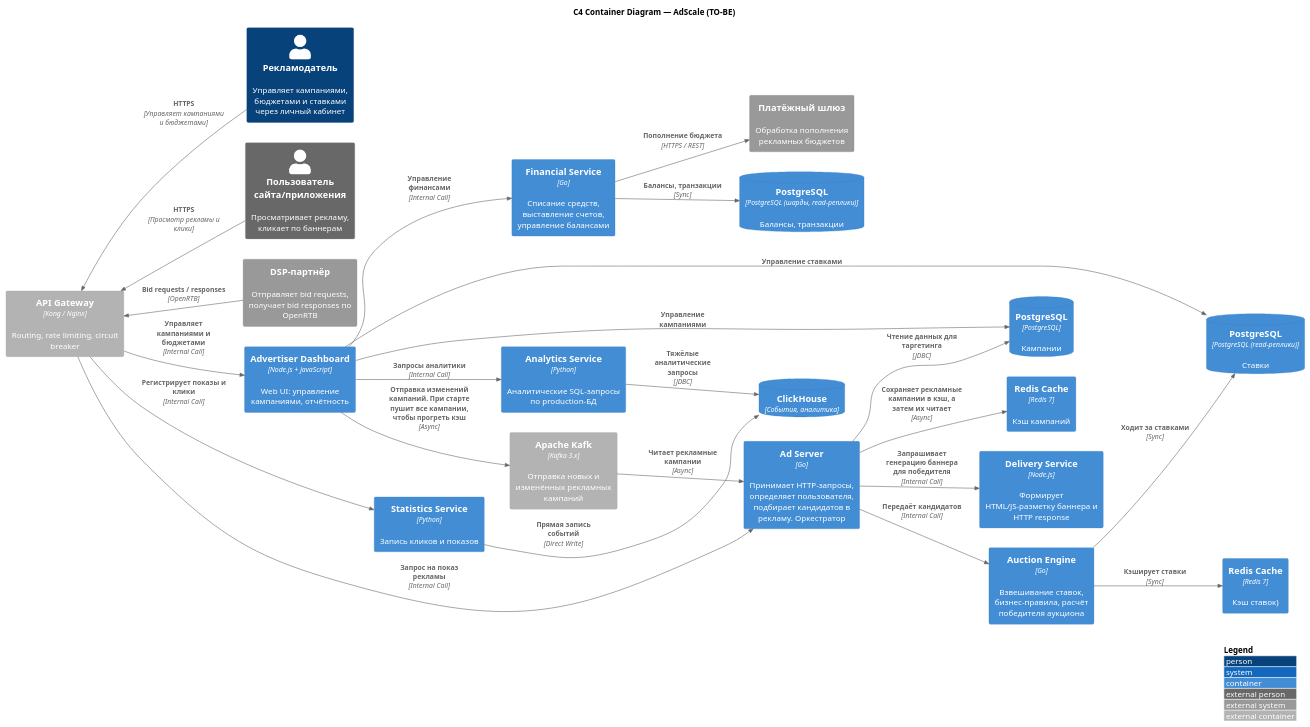
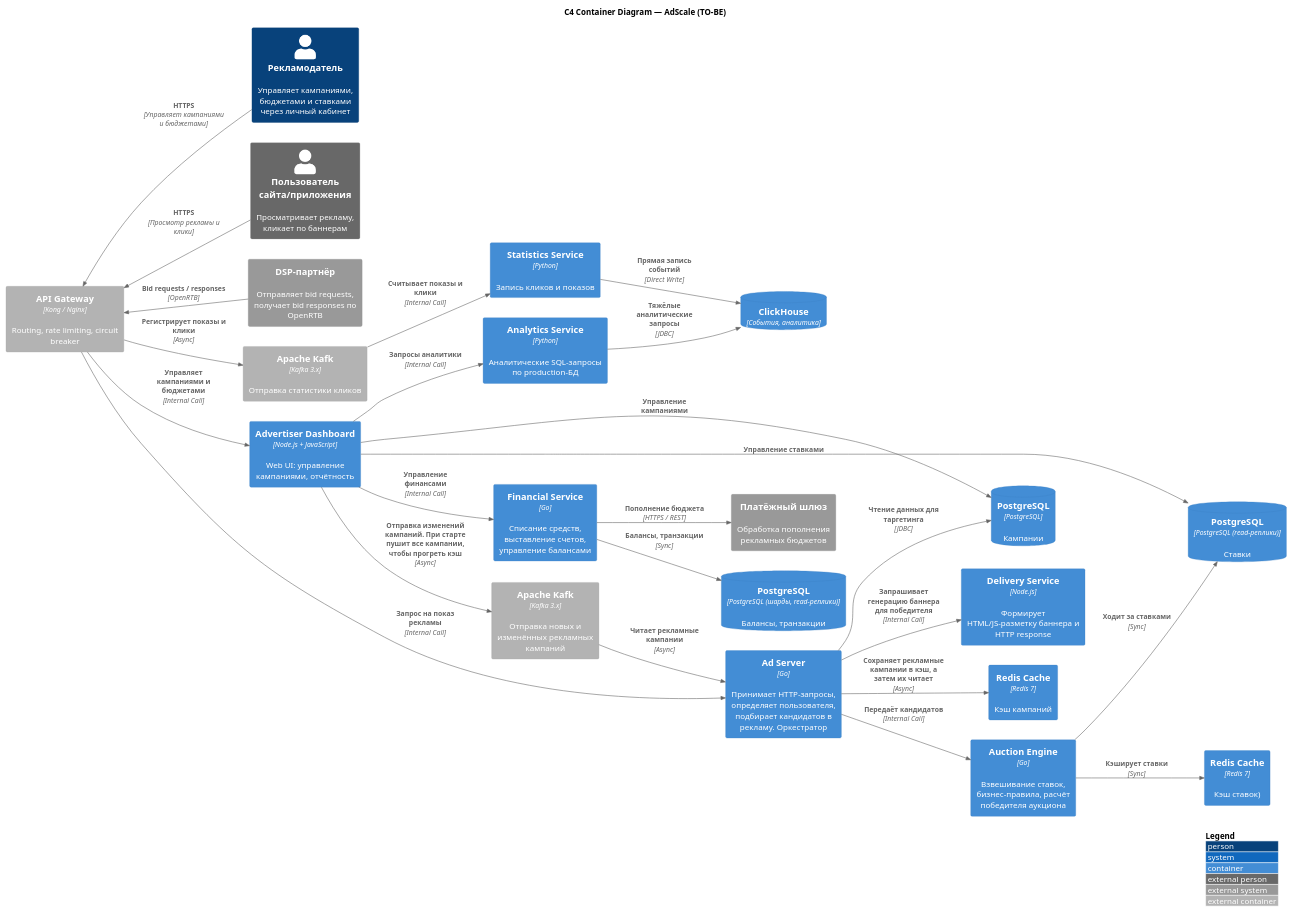
The diagram in task1/Diagrams/to-be.wsd (wan3s/Solution-AdScale), drawn with PlantUML before and after one commit. The commit also changed 2 other files, not shown here.

```diff
--- a/task1/Diagrams/to-be.wsd
+++ b/task1/Diagrams/to-be.wsd
@@ -1,119 +1,121 @@
 @startuml
 !include https://raw.githubusercontent.com/plantuml-stdlib/C4-PlantUML/master/C4_Container.puml
 
 LAYOUT_WITH_LEGEND()
 LAYOUT_LEFT_RIGHT()
 
 title C4 Container Diagram — AdScale (TO-BE)
 
 ' ====================== Акторы ======================
 Person(advertiser, "Рекламодатель", "Управляет кампаниями, бюджетами и ставками через личный кабинет")
 Person_Ext(endUser, "Пользователь сайта/приложения", "Просматривает рекламу, кликает по баннерам")
 
 System_Ext(dspPartner, "DSP-партнёр", "Отправляет bid requests, получает bid responses по OpenRTB")
 System_Ext(paymentGateway, "Платёжный шлюз", "Обработка пополнения рекламных бюджетов")
 Container_Ext(apiGateway, "API Gateway", "Kong / Nginx", "Routing, rate limiting, circuit breaker")
 Container_Ext(campaignsKafka, "Apache Kafk", "Kafka 3.x", "Отправка новых и изменённых рекламных кампаний")
+Container_Ext(statsKafka, "Apache Kafk", "Kafka 3.x", "Отправка статистики кликов")
 
 ' ====================== Микросервисы ======================
 
 Container(adServer, "Ad Server", "Go", "Принимает HTTP-запросы, определяет пользователя, подбирает кандидатов в рекламу. Оркестратор") 
 Container(auctionEngine, "Auction Engine", "Go", "Взвешивание ставок, бизнес-правила, расчёт победителя аукциона") 
 Container(deliveryService, "Delivery Service", "Node.js", "Формирует HTML/JS-разметку баннера и HTTP response")
 
 Container(campaignsCache, "Redis Cache", "Redis 7", "Кэш кампаний")
 Container(bidsCache, "Redis Cache", "Redis 7", "Кэш ставок)")
 
 
 Container(financialService, "Financial Service", "Go", "Списание средств, выставление счетов, управление балансами")
 Container(analyticsService, "Analytics Service", "Python", "Аналитические SQL-запросы по production-БД") 
 Container(adCabinet, "Advertiser Dashboard", "Node.js + JavaScript", "Web UI: управление кампаниями, отчётность")
 Container(statsService, "Statistics Service", "Python", "Запись кликов и показов") 
 
 ' ====================== База данных ======================
 ContainerDb(bidsPG, "PostgreSQL", "PostgreSQL (read-реплики)", "Ставки") 
 ContainerDb(campaignsPG, "PostgreSQL", "PostgreSQL", "Кампании") 
 ContainerDb(finPG, "PostgreSQL", "PostgreSQL (шарды, read-реплики)", "Балансы, транзакции") 
 ContainerDb(statsClickHouse, "ClickHouse", "События, аналитика") 
 
 ' ====================== Связи ======================
 
 Rel_U(endUser, apiGateway, "HTTPS", "Просмотр рекламы и клики")
 Rel_U(advertiser, apiGateway, "HTTPS", "Управляет кампаниями и бюджетами")
 Rel_U(dspPartner, apiGateway, "Bid requests / responses", "OpenRTB")
 
 
 Rel(apiGateway, adServer, "Запрос на показ рекламы", "Internal Call")
 Rel(apiGateway, adCabinet, "Управляет кампаниями и бюджетами", "Internal Call")
-Rel(apiGateway, statsService, "Регистрирует показы и клики", "Internal Call")
+Rel(apiGateway, statsKafka, "Регистрирует показы и клики", "Async")
+Rel(statsKafka, statsService, "Считывает показы и клики", "Internal Call")
 
 Rel(adServer, auctionEngine, "Передаёт кандидатов", "Internal Call")
 Rel(adServer, deliveryService, "Запрашивает генерацию баннера для победителя", "Internal Call")
 
 Rel(adCabinet, financialService, "Управление финансами", "Internal Call")
 Rel(adCabinet, analyticsService, "Запросы аналитики", "Internal Call")
 
 ' Связи с БД
 Rel(auctionEngine, bidsPG, "Ходит за ставками", "Sync")
 Rel(auctionEngine, bidsCache, "Кэширует ставки", "Sync")
 
 Rel(adServer, campaignsCache, "Сохраняет рекламные кампании в кэш, а затем их читает", "Async")
 Rel(campaignsKafka, adServer, "Читает рекламные кампании", "Async")
 
 Rel(adCabinet, bidsPG, "Управление ставками")
 Rel(adCabinet, campaignsPG, "Управление кампаниями")
 Rel(adCabinet, campaignsKafka, "Отправка изменений кампаний. При старте пушит все кампании, чтобы прогреть кэш", "Async")
 
 Rel(statsService, statsClickHouse, "Прямая запись событий", "Direct Write")
 
 Rel(financialService, finPG, "Балансы, транзакции", "Sync")
 Rel(financialService, paymentGateway, "Пополнение бюджета", "HTTPS / REST")
 
 Rel(analyticsService, statsClickHouse, "Тяжёлые аналитические запросы", "JDBC")
 Rel(adServer, campaignsPG, "Чтение данных для таргетинга", "JDBC")
 
 ' Принудительное расположение (layout hints)
 ' Lay_D(adServer, auctionEngine)
 ' Lay_D(auctionEngine, deliveryService)
 ' Lay_D(deliveryService, statsService)
 ' Lay_R(statsService, financialService)
 ' Lay_R(financialService, analyticsService)
 ' Lay_D(adCabinet, postgres)
 
 ' ' ====================== Аннотации проблемных мест ======================
 
 ' note right of auctionEngine
 '   **⚠ Критический bottleneck**
 '   Синхронные вызовы к БД
 '   в hot path (SLA ≤ 100 ms)
 ' end note
 
 ' note right of postgres
 '   **⚠ Single Point of Failure**
 '   Одна инстанция — нет HA
 '   Нет read-replicas
 '   OLTP + аналитика конкурируют
 ' end note
 
 ' note bottom of statsService
 '   **⚠ Write bottleneck**
 '   Прямая запись без буферизации / очередей
 '   Конкуренция за ресурсы БД
 ' end note
 
 ' note bottom of analyticsService
 '   **⚠ Блокировки и рост latency**
 '   Heavy queries напрямую на production-БД
 ' end note
 
 ' ' ====================== Легенда с метриками ======================
 ' legend right
 '   <#FF0000> **15 000 RPS (пик)** 
 '   <#FF7700> **P95 latency: 110–120 ms** (требование ≤ 100 ms)
 '   <#FF7700> Периодические деградации в часы пик
 '   <#FF0000> Нет запаса по производительности
 '   <#888888> Деплой: вручную, без контейнеризации
 '   <#888888> Кэширование: отсутствует
 '   <#888888> Асинхронные очереди: отсутствуют
 ' endlegend
 @enduml
```
